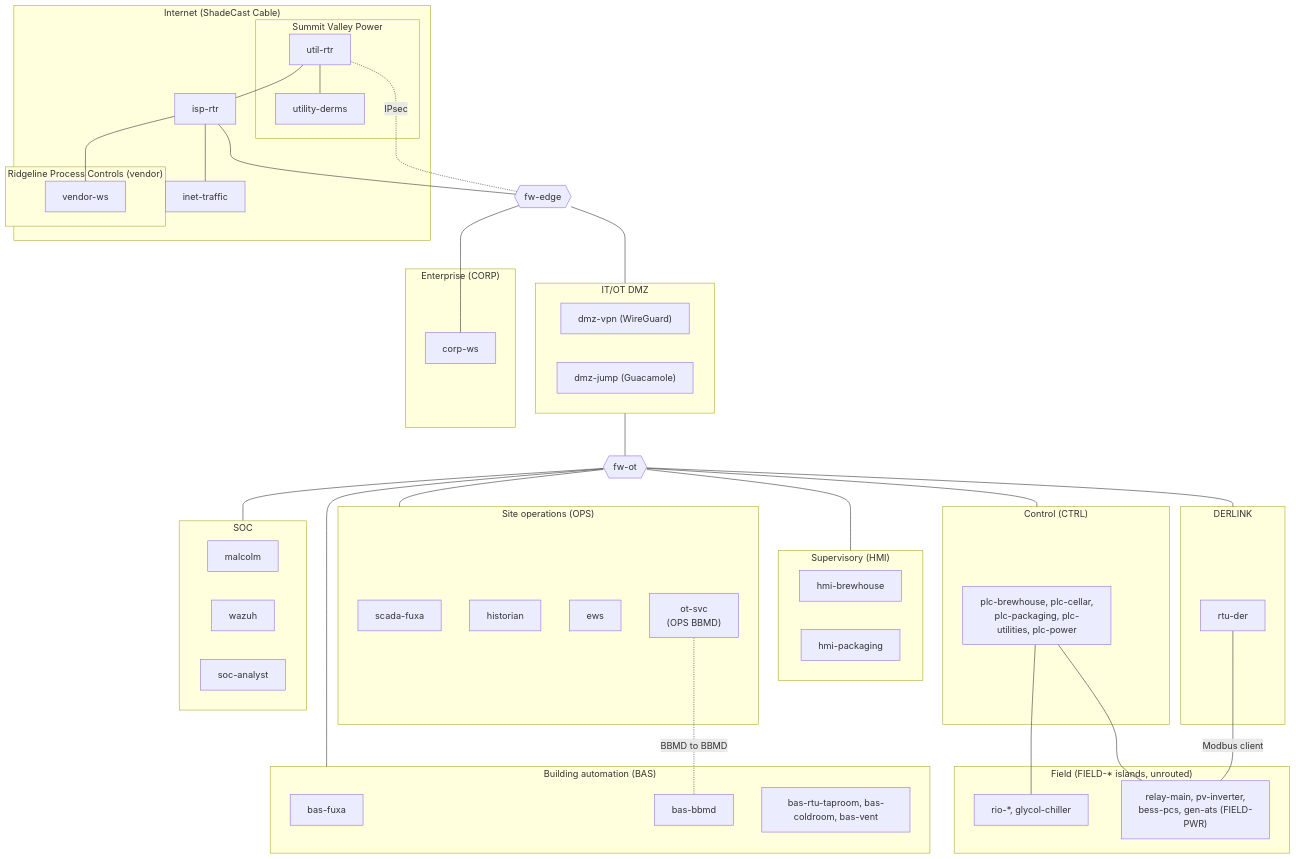
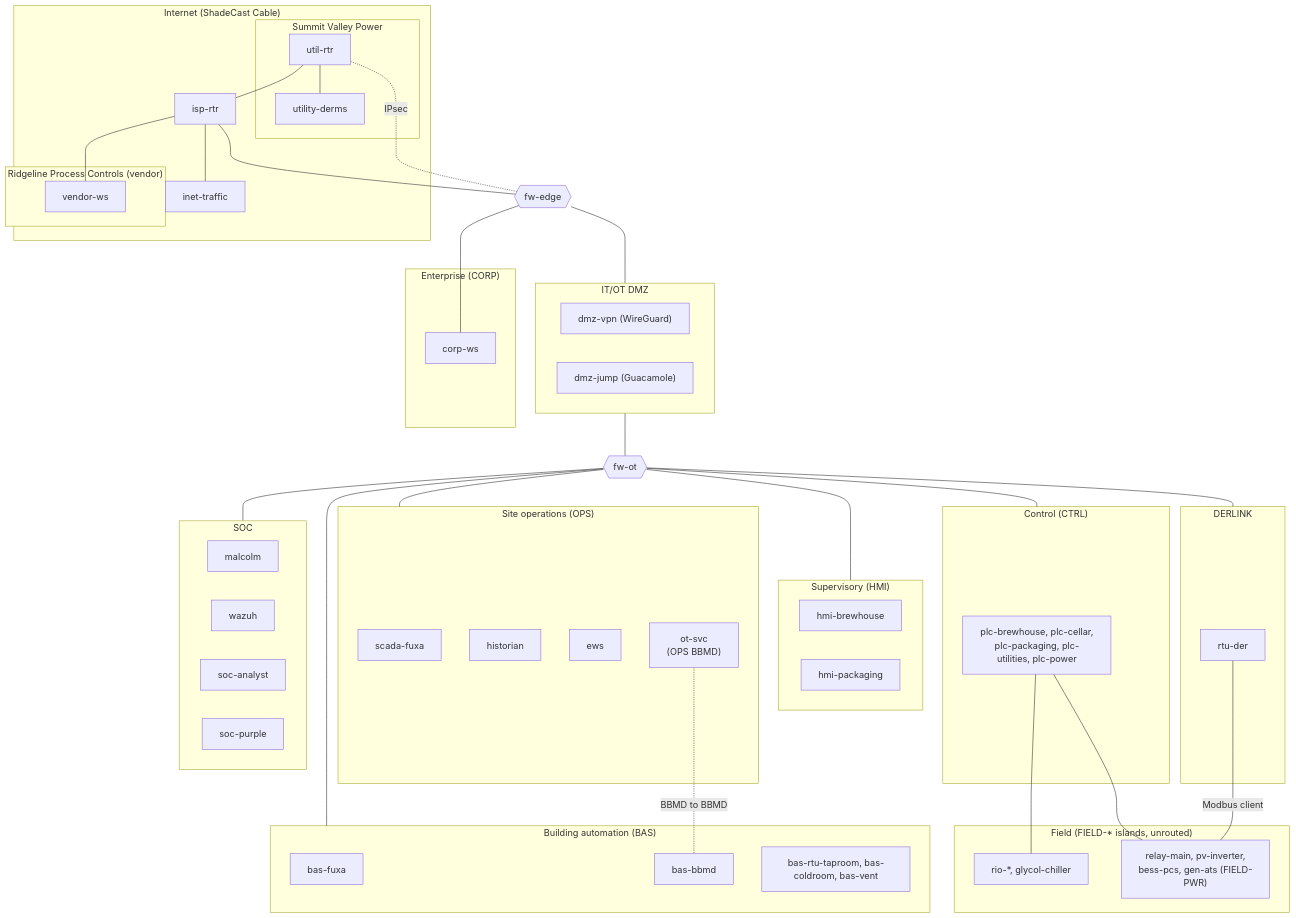
Before and after one commit to GhostofGoes/brew: the fifth of 6 diagrams in docs/DESIGN.md, drawn with Mermaid. The commit also changed other lines of this file and 24 other files, not shown here.

````diff
--- a/docs/DESIGN.md
+++ b/docs/DESIGN.md
@@ -1844,72 +1858,73 @@
 ```mermaid
 flowchart TB
   subgraph L5["Internet (ShadeCast Cable)"]
     ISP["isp-rtr"]
     TRAFFIC["inet-traffic"]
     subgraph VEN["Ridgeline Process Controls (vendor)"]
       VWS["vendor-ws"]
     end
     subgraph UTL["Summit Valley Power"]
       URTR["util-rtr"]
       DERMS["utility-derms"]
     end
   end
   subgraph L4["Enterprise (CORP)"]
     CWS["corp-ws"]
   end
   FWEDGE{{"fw-edge"}}
   subgraph L35["IT/OT DMZ"]
     VPN["dmz-vpn (WireGuard)"]
     JUMP["dmz-jump (Guacamole)"]
   end
   FWOT{{"fw-ot"}}
   subgraph L3["Site operations (OPS)"]
     FUXA["scada-fuxa"]
     HIST["historian"]
     EWS["ews"]
     SVC["ot-svc<br/>(OPS BBMD)"]
   end
   subgraph L2["Supervisory (HMI)"]
     HMI1["hmi-brewhouse"]
     HMI2["hmi-packaging"]
   end
   subgraph L1["Control (CTRL)"]
     PLCs["plc-brewhouse, plc-cellar,<br/>plc-packaging, plc-utilities, plc-power"]
   end
   subgraph L0["Field (FIELD-* islands, unrouted)"]
     RIOs["rio-*, glycol-chiller"]
     PDEVS["relay-main, pv-inverter,<br/>bess-pcs, gen-ats (FIELD-PWR)"]
   end
   subgraph DER["DERLINK"]
     RTU["rtu-der"]
   end
   subgraph BAS["Building automation (BAS)"]
     BASFUXA["bas-fuxa"]
     BASBBMD["bas-bbmd"]
     BASD["bas-rtu-taproom, bas-coldroom, bas-vent"]
   end
   subgraph SOC["SOC"]
     MAL["malcolm"]
     WAZ["wazuh"]
     ANA["soc-analyst"]
+    PUR["soc-purple"]
   end
   ISP --- FWEDGE
   ISP --- TRAFFIC
   ISP --- VWS
   URTR --- ISP
   URTR --- DERMS
   URTR -. "IPsec" .- FWEDGE
   FWEDGE --- CWS
   FWEDGE --- L35
   L35 --- FWOT
   FWOT --- L3
   FWOT --- L2
   FWOT --- L1
   FWOT --- DER
   FWOT --- BAS
   FWOT --- SOC
   SVC -. "BBMD to BBMD" .- BASBBMD
   PLCs --- RIOs
   PLCs --- PDEVS
   RTU -- "Modbus client" --- PDEVS
 ```
````
